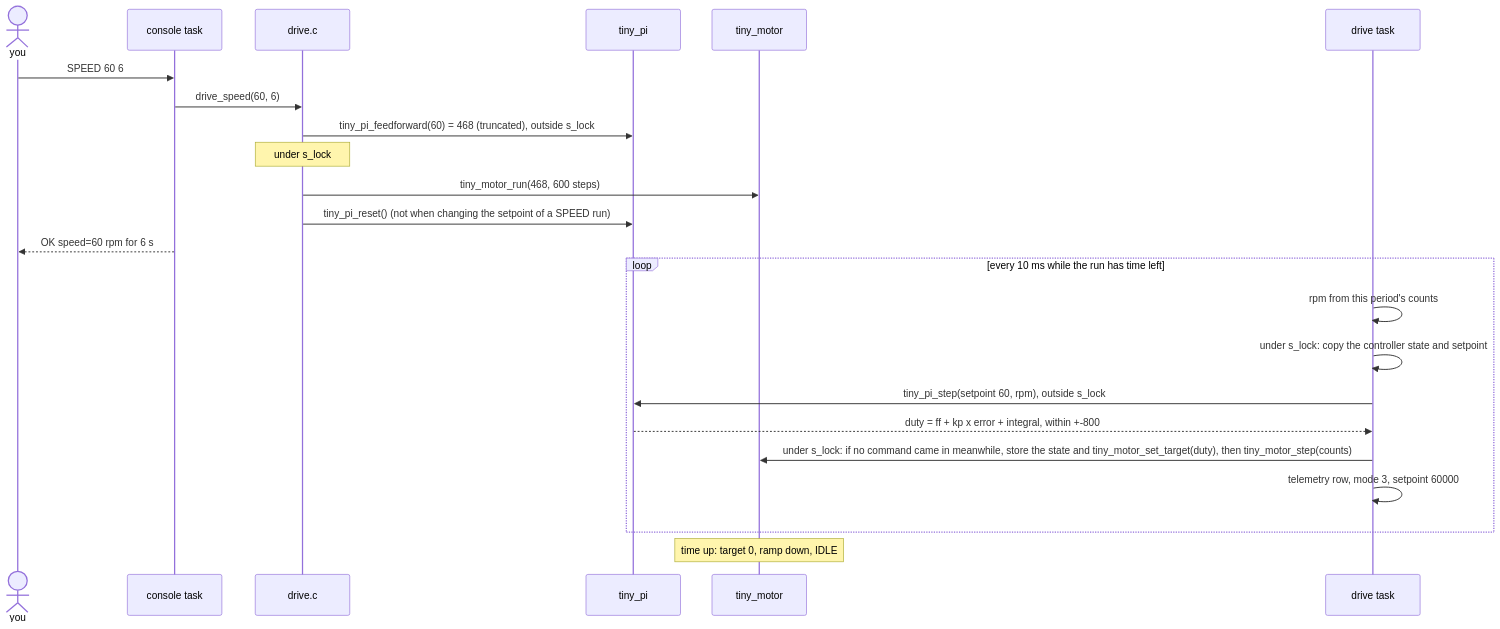
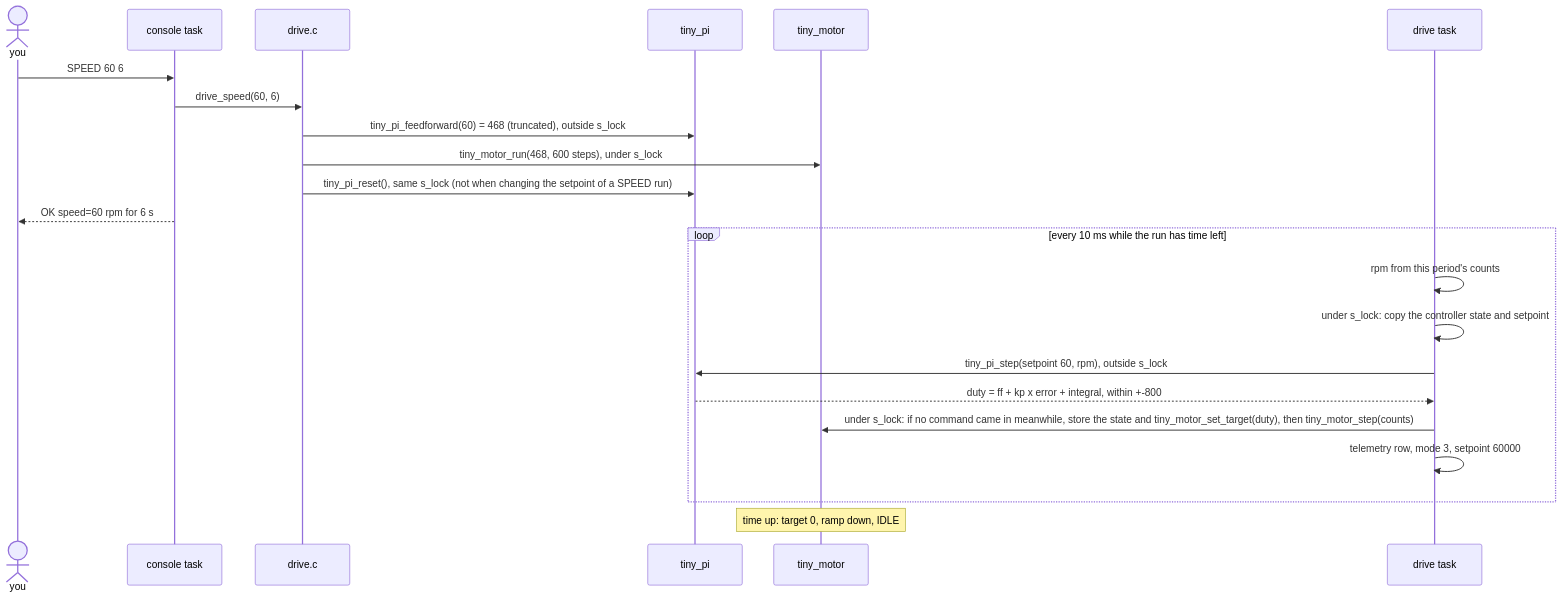
One commit to shanirub/tiny-ecus changed the sixth of 6 diagrams in firmware/wheel_node/README.md. Above: the diagram before and after it, drawn with Mermaid. The commit also changed other lines of this file and 6 other files, not shown here.

First line of the commit message:
PR #9 review: gain decimals limit, diagram and doc fixes

````diff
--- a/firmware/wheel_node/README.md
+++ b/firmware/wheel_node/README.md
@@ -172,26 +175,25 @@
 ```mermaid
 sequenceDiagram
     actor you
     participant console as console task
     participant drive as drive.c
     participant pi as tiny_pi
     participant motor as tiny_motor
     participant task as drive task
 
     you->>console: SPEED 60 6
     console->>drive: drive_speed(60, 6)
     drive->>pi: tiny_pi_feedforward(60) = 468 (truncated), outside s_lock
-    Note over drive: under s_lock
-    drive->>motor: tiny_motor_run(468, 600 steps)
-    drive->>pi: tiny_pi_reset() (not when changing the setpoint of a SPEED run)
+    drive->>motor: tiny_motor_run(468, 600 steps), under s_lock
+    drive->>pi: tiny_pi_reset(), same s_lock (not when changing the setpoint of a SPEED run)
     console-->>you: OK speed=60 rpm for 6 s
     loop every 10 ms while the run has time left
         task->>task: rpm from this period's counts
         task->>task: under s_lock: copy the controller state and setpoint
         task->>pi: tiny_pi_step(setpoint 60, rpm), outside s_lock
         pi-->>task: duty = ff + kp x error + integral, within +-800
         task->>motor: under s_lock: if no command came in meanwhile, store the state and tiny_motor_set_target(duty), then tiny_motor_step(counts)
         task->>task: telemetry row, mode 3, setpoint 60000
     end
     Note over motor: time up: target 0, ramp down, IDLE
 ```
````
